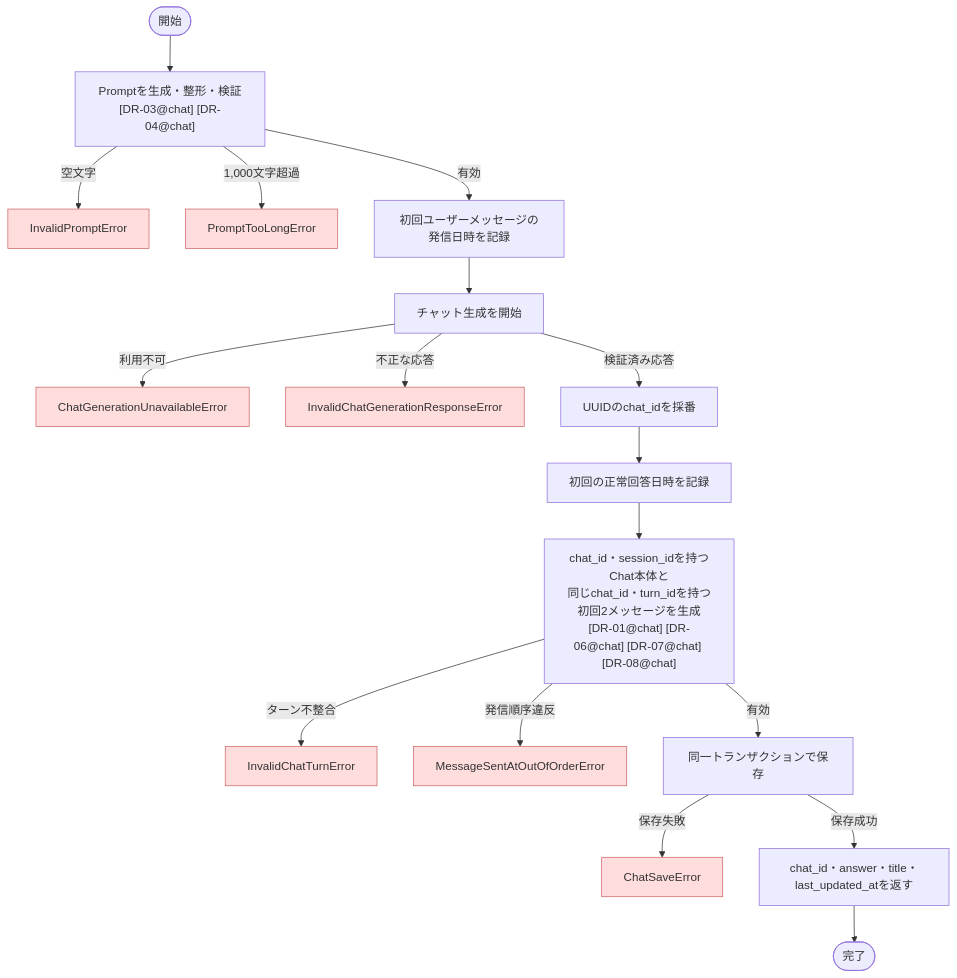
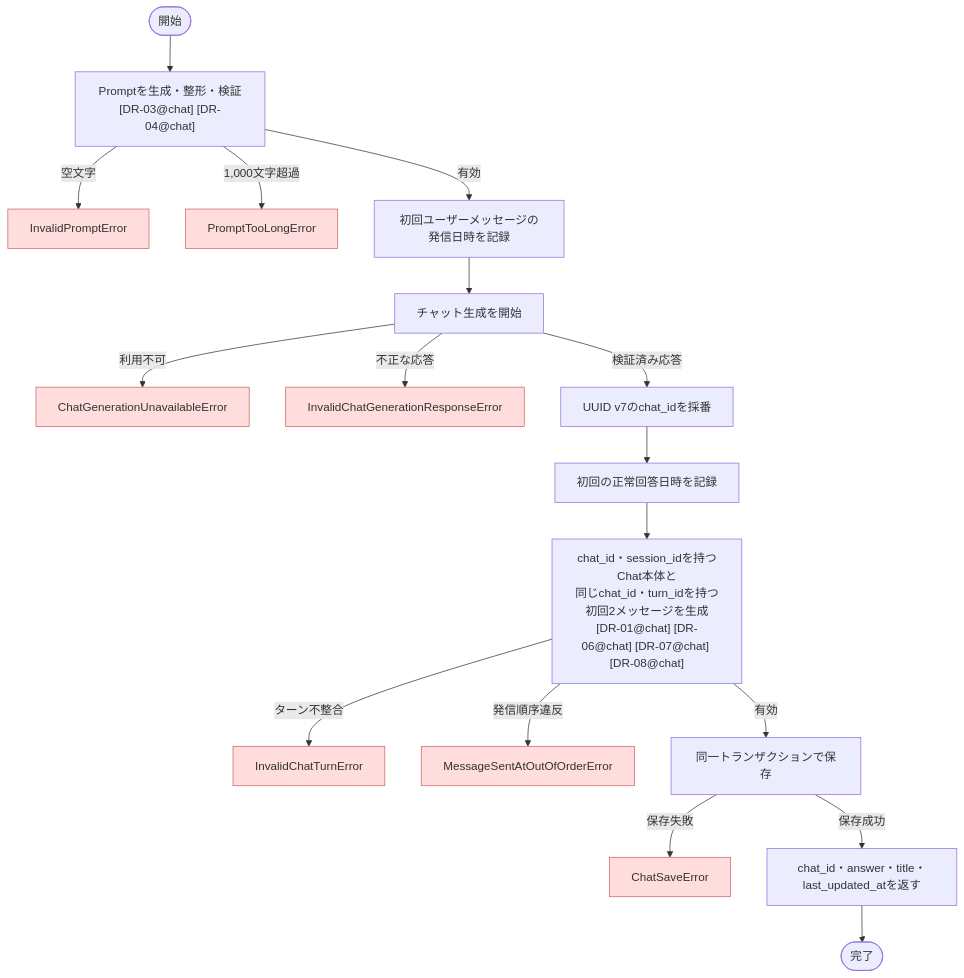
Before and after one commit to ponta-kh/paperbuddy: the diagram in docs/backend/specification/usecases/chat/start_chat.md, drawn with Mermaid. The commit also changed other lines of this file and 16 other files, not shown here.

````diff
--- a/docs/backend/specification/usecases/chat/start_chat.md
+++ b/docs/backend/specification/usecases/chat/start_chat.md
@@ -109,27 +109,27 @@
 ```mermaid
 flowchart TD
     A([開始]) --> B["Promptを生成・整形・検証\n[DR-03@chat] [DR-04@chat]"]
     B -->|空文字| ERR1["InvalidPromptError"]
     B -->|1,000文字超過| ERR2["PromptTooLongError"]
     B -->|有効| C["初回ユーザーメッセージの発信日時を記録"]
     C --> D["チャット生成を開始"]
     D -->|利用不可| ERR3["ChatGenerationUnavailableError"]
     D -->|不正な応答| ERR4["InvalidChatGenerationResponseError"]
-    D -->|検証済み応答| ID["UUIDのchat_idを採番"]
+    D -->|検証済み応答| ID["UUID v7のchat_idを採番"]
     ID --> T["初回の正常回答日時を記録"]
     T --> E["chat_id・session_idを持つChat本体と\n同じchat_id・turn_idを持つ初回2メッセージを生成\n[DR-01@chat] [DR-06@chat] [DR-07@chat] [DR-08@chat]"]
     E -->|ターン不整合| ERR5["InvalidChatTurnError"]
     E -->|発信順序違反| ERR6["MessageSentAtOutOfOrderError"]
     E -->|有効| G["同一トランザクションで保存"]
     G -->|保存失敗| ERR7["ChatSaveError"]
     G -->|保存成功| H["chat_id・answer・title・last_updated_atを返す"]
     H --> I([完了])
 
     style ERR1 fill:#fdd,stroke:#c66
     style ERR2 fill:#fdd,stroke:#c66
     style ERR3 fill:#fdd,stroke:#c66
     style ERR4 fill:#fdd,stroke:#c66
     style ERR5 fill:#fdd,stroke:#c66
     style ERR6 fill:#fdd,stroke:#c66
     style ERR7 fill:#fdd,stroke:#c66
 ```
````
